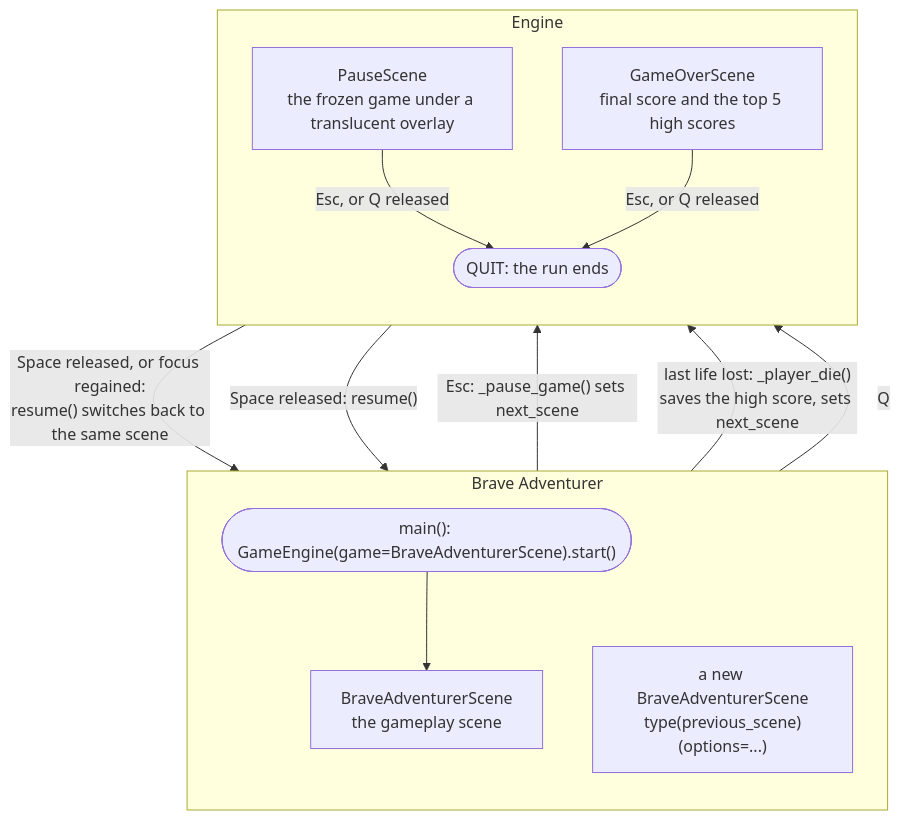
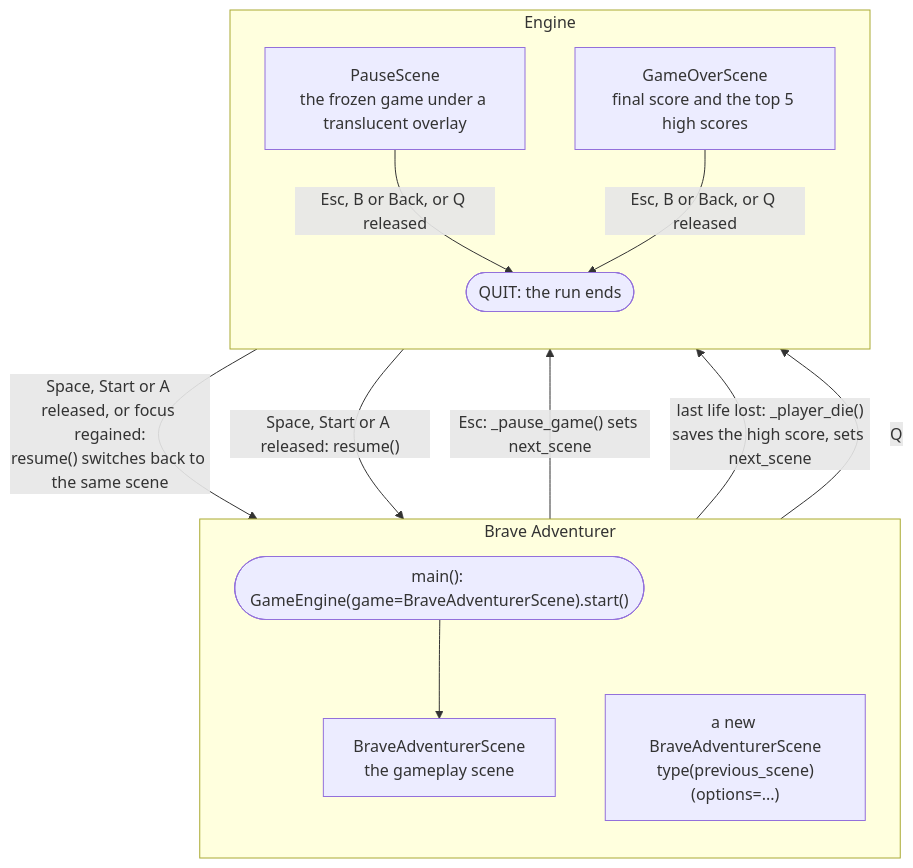
Before and after one commit to terrysimons/glitchygames: the first of 7 diagrams in docs/games/brave_adventurer.md, drawn with Mermaid. The commit also changed other lines of this file and 93 other files, not shown here.

````diff
--- a/docs/games/brave_adventurer.md
+++ b/docs/games/brave_adventurer.md
@@ -77,24 +77,24 @@
 ```mermaid
 flowchart TB
     subgraph GAME_SCENES["Brave Adventurer"]
         direction TB
         start(["main#40;#41;: GameEngine#40;game=BraveAdventurerScene#41;.start#40;#41;"])
         play["BraveAdventurerScene<br/>the gameplay scene"]
         fresh["a new BraveAdventurerScene<br/>type#40;previous_scene#41;#40;options=...#41;"]
     end
     subgraph ENGINE_SCENES["Engine"]
         direction TB
         pause["PauseScene<br/>the frozen game under a translucent overlay"]
         over["GameOverScene<br/>final score and the top 5 high scores"]
         quit(["QUIT: the run ends"])
     end
 
     start --> play
     play -->|"Esc: _pause_game#40;#41; sets next_scene"| pause
-    pause -->|"Space released, or focus regained:<br/>resume#40;#41; switches back to the same scene"| play
+    pause -->|"Space, Start or A released, or focus regained:<br/>resume#40;#41; switches back to the same scene"| play
     play -->|"last life lost: _player_die#40;#41;<br/>saves the high score, sets next_scene"| over
-    over -->|"Space released: resume#40;#41;"| fresh
+    over -->|"Space, Start or A released: resume#40;#41;"| fresh
     play -->|"Q"| quit
-    pause -->|"Esc, or Q released"| quit
-    over -->|"Esc, or Q released"| quit
+    pause -->|"Esc, B or Back, or Q released"| quit
+    over -->|"Esc, B or Back, or Q released"| quit
 ```
````
